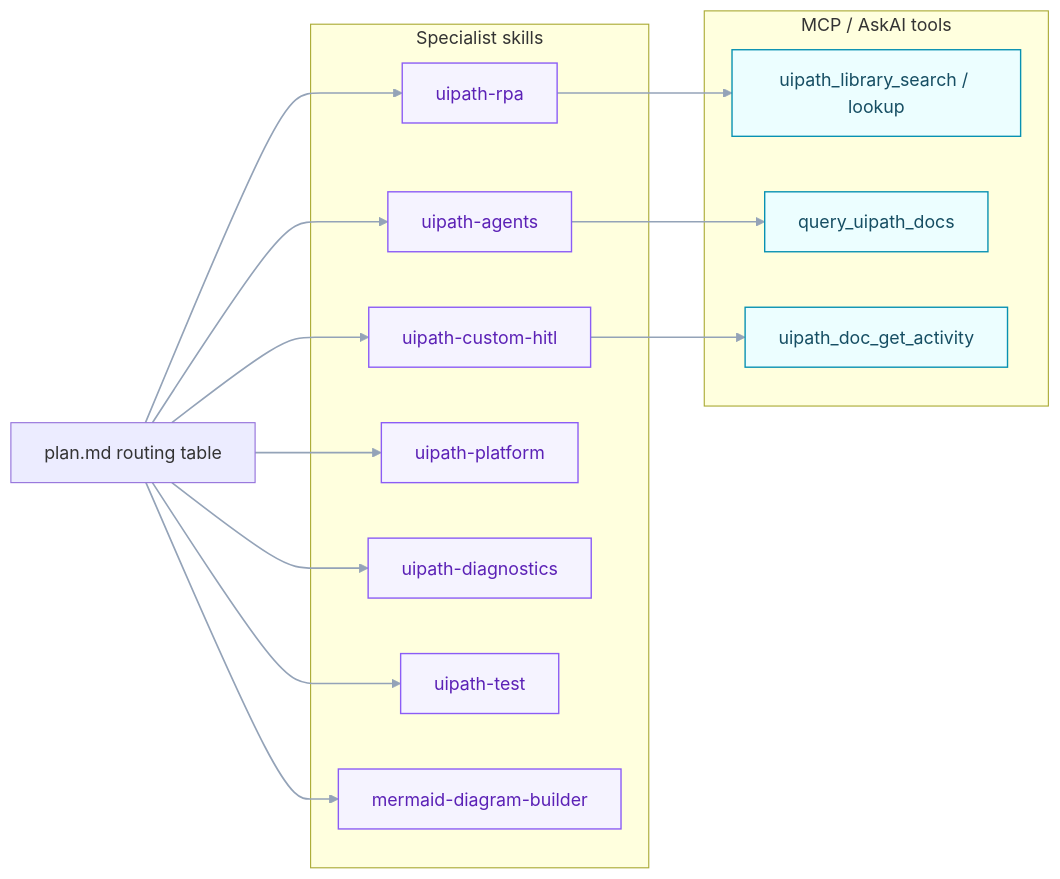
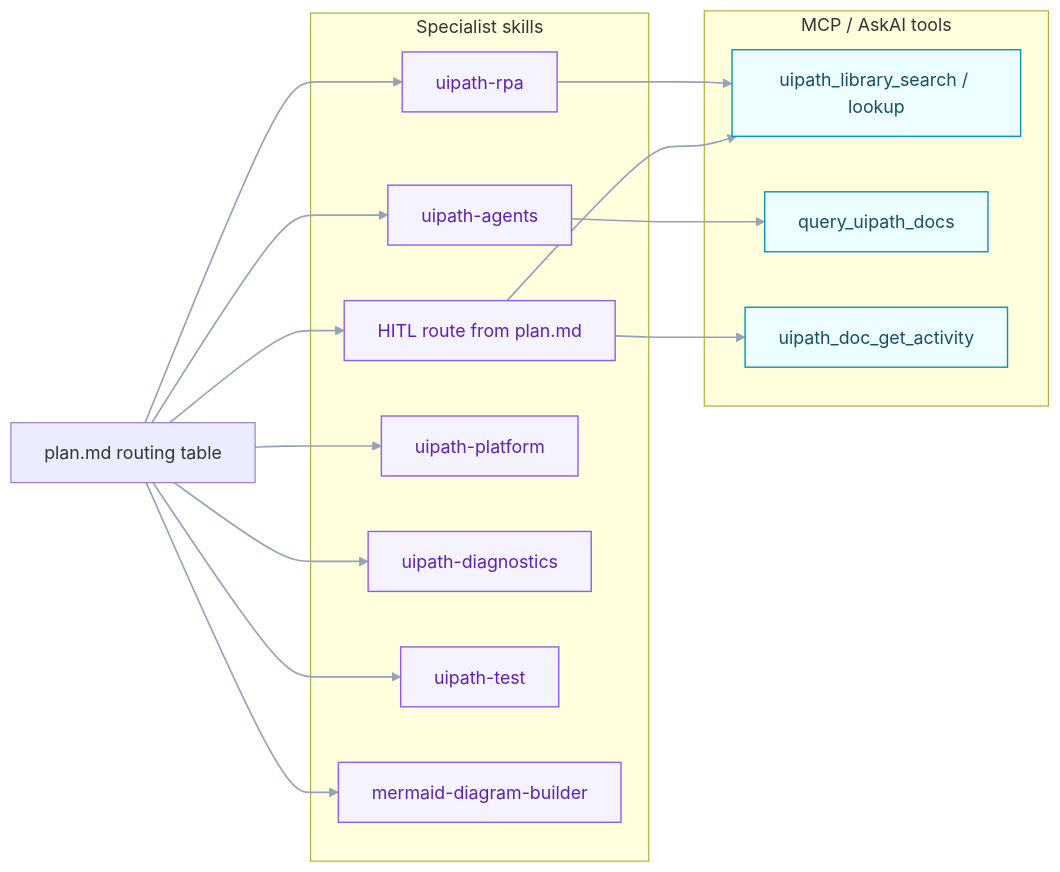
The second of 7 diagrams in templates/uiplan/_tasks-template.md (DanielaRosenn/uiplan-agent-of-agents), drawn with Mermaid before and after one commit. The commit also changed other lines of this file and 12 other files, not shown here.

````diff
--- a/templates/uiplan/_tasks-template.md
+++ b/templates/uiplan/_tasks-template.md
@@ -294,33 +303,34 @@
 ```mermaid
 flowchart LR
   Plan["plan.md routing table"]
   subgraph Skills["Specialist skills"]
     RPA["uipath-rpa"]
     Agents["uipath-agents"]
-    HITL["uipath-custom-hitl"]
+    HITL["HITL route from plan.md"]
     Platform["uipath-platform"]
     Diag["uipath-diagnostics"]
     Test["uipath-test"]
     Mermaid["mermaid-diagram-builder"]
   end
   subgraph Tools["MCP / AskAI tools"]
     Library["uipath_library_search / lookup"]
     AskAI["query_uipath_docs"]
     ActivityDoc["uipath_doc_get_activity"]
   end
   Plan --> RPA
   Plan --> Agents
   Plan --> HITL
   Plan --> Platform
   Plan --> Diag
   Plan --> Test
   Plan --> Mermaid
   RPA --> Library
   Agents --> AskAI
   HITL --> ActivityDoc
+  HITL --> Library
   classDef skill fill:#F5F3FF,stroke:#8B5CF6,color:#5B21B6,stroke-width:1.25px
   classDef tool  fill:#ECFEFF,stroke:#0891B2,color:#164E63,stroke-width:1.25px
   class RPA,Agents,HITL,Platform,Diag,Test,Mermaid skill
   class Library,AskAI,ActivityDoc tool
   linkStyle default stroke:#94A3B8,stroke-width:1.5px
 ```
````
